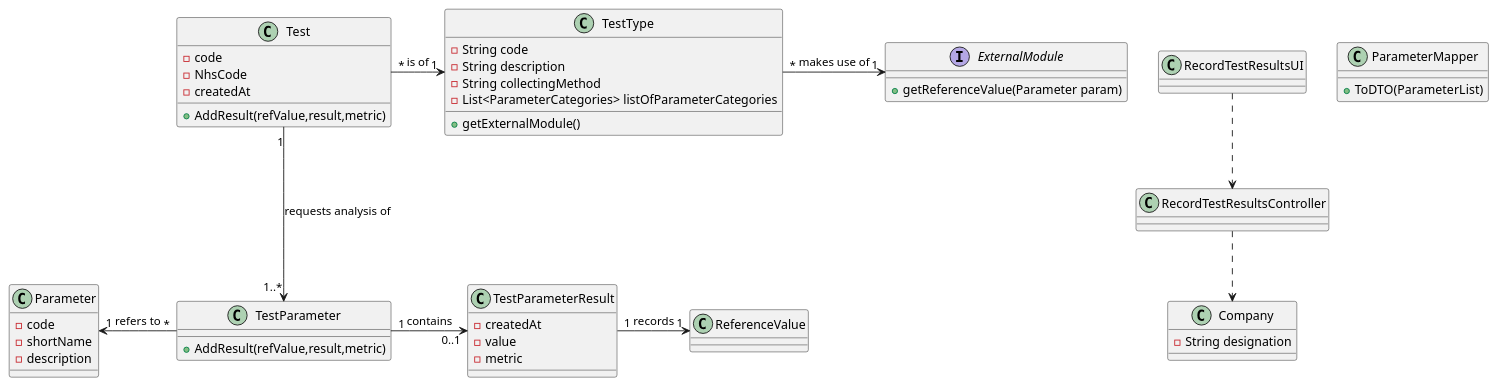
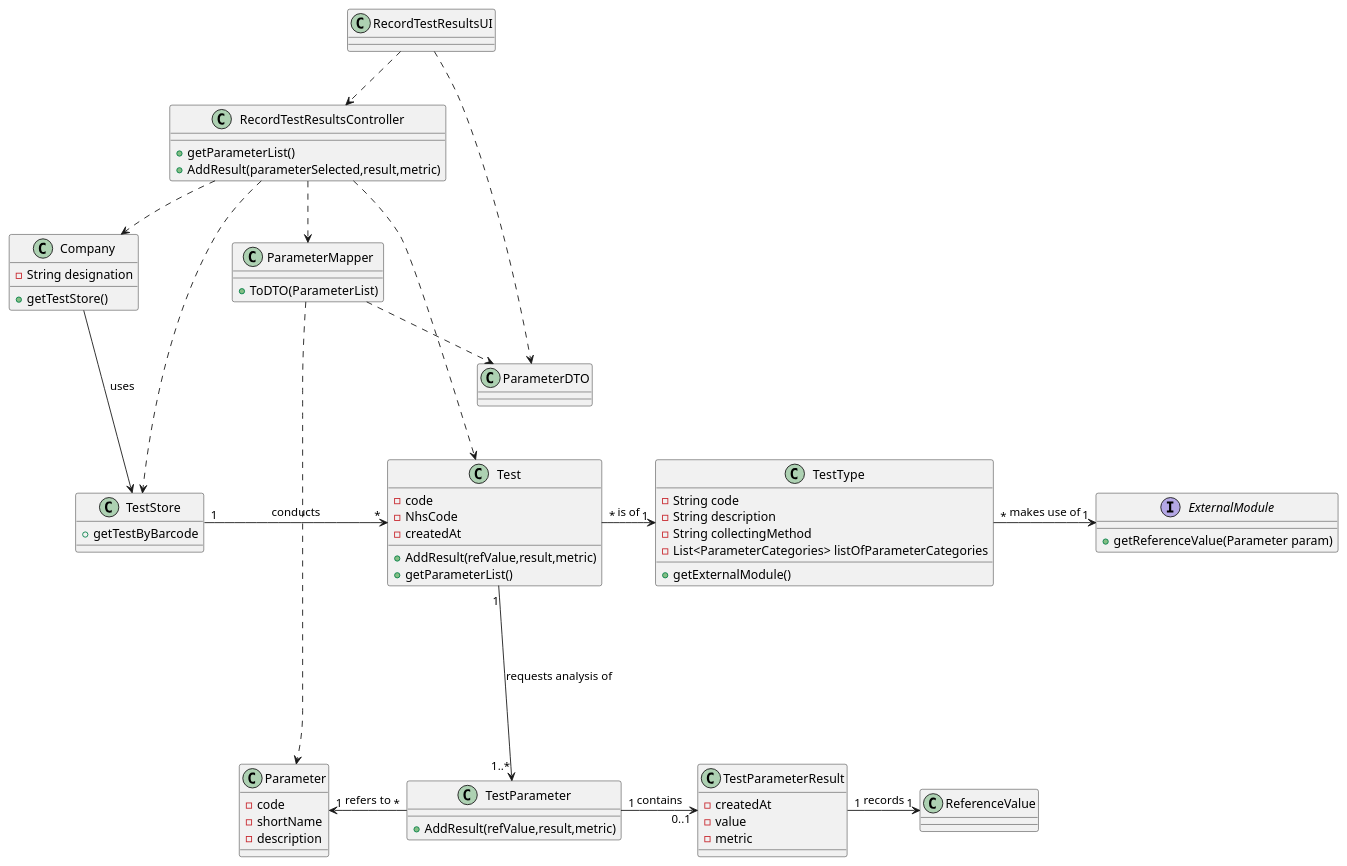
One commit to manu-07-ela/LAPR2_ISEP changed the diagram in docs/SprintC/US12/US12_CD.puml. Above: the diagram before and after it, drawn with PlantUML.

Commit message:
Update in US12 (CD)

```diff
--- a/docs/SprintC/US12/US12_CD.puml
+++ b/docs/SprintC/US12/US12_CD.puml
@@ -1,74 +1,91 @@
 @startuml
 
 class Company{
 -String designation
-
++getTestStore()
 }
 
 class RecordTestResultsUI{
 
 }
 
 class RecordTestResultsController{
-
++getParameterList()
++AddResult(parameterSelected,result,metric)
 }
 
 class ParameterMapper{
 +ToDTO(ParameterList)
 }
 
 class Test {
 -code
 -NhsCode
 -createdAt
 +AddResult(refValue,result,metric)
++getParameterList()
+}
+
+class TestStore{
++getTestByBarcode
 }
 
 class TestParameter{
 +AddResult(refValue,result,metric)
 }
 
 
 class TestParameterResult{
 -createdAt
 -value
 -metric
 }
 
 class Parameter{
 -code
 -shortName
 -description
+}
+
+class ParameterDTO{
 }
 
 class ReferenceValue{
 
 }
 
 class TestType{
   -String code
   -String description
   -String collectingMethod
   -List<ParameterCategories> listOfParameterCategories
   +getExternalModule()
 
 }
 
 interface ExternalModule{
 +getReferenceValue(Parameter param)
 }
 
 
 
 RecordTestResultsUI ..> RecordTestResultsController
+RecordTestResultsUI ..> ParameterDTO
 RecordTestResultsController ..> Company
+RecordTestResultsController ..> ParameterMapper
+RecordTestResultsController ..> Test
+RecordTestResultsController ..> TestStore
+Company ---> TestStore : uses
+ParameterMapper ......> Parameter
+ParameterMapper ..> ParameterDTO
 TestType"*" -> "1" ExternalModule : makes use of
+TestStore "1" -> "*" Test : conducts
 Test "*" -> "1" TestType : is of
 Test "1" ---> "1..*" TestParameter : requests analysis of
 Parameter "1" <- "*" TestParameter : refers to
 TestParameter "1" -> "0..1" TestParameterResult : contains
 TestParameterResult "1" -> "1" ReferenceValue :records
 
 
 
 @enduml
```
